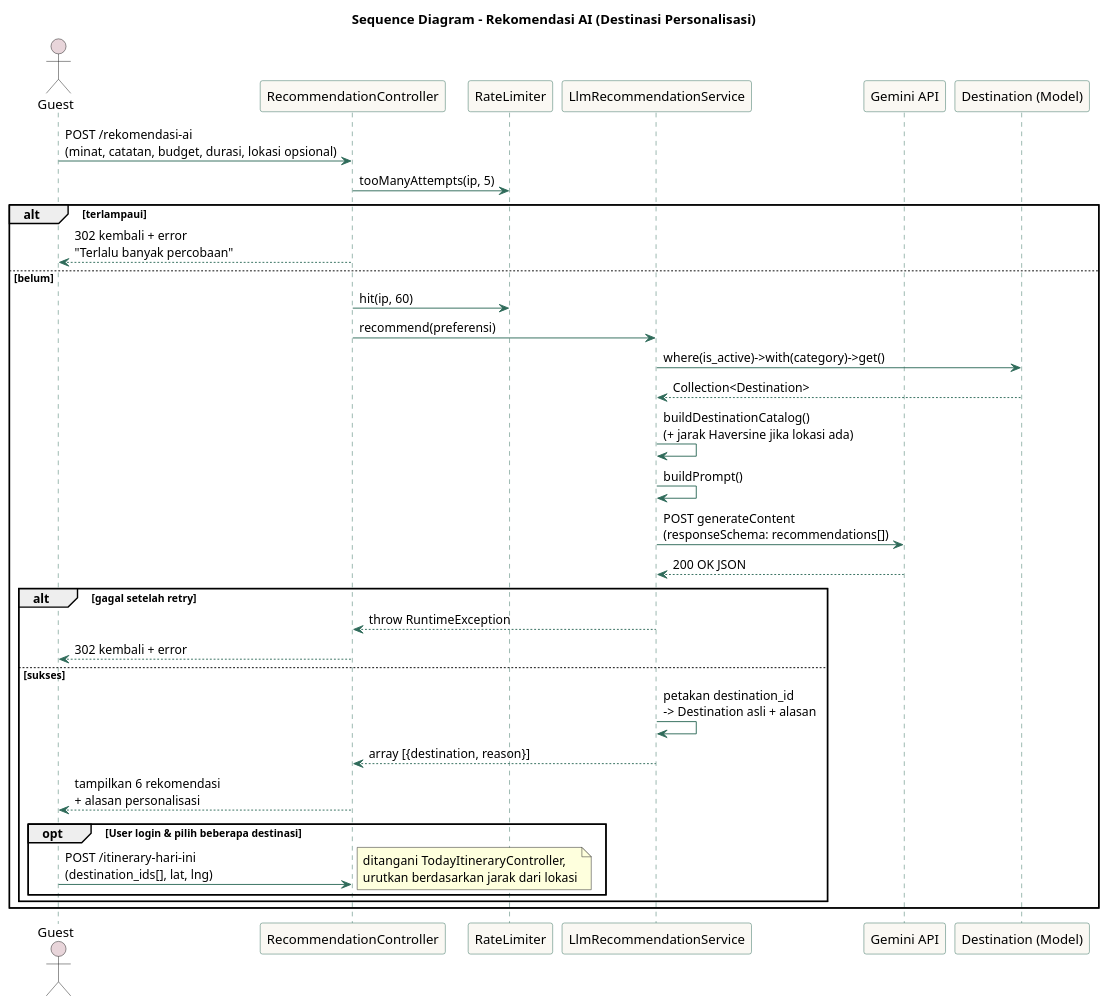
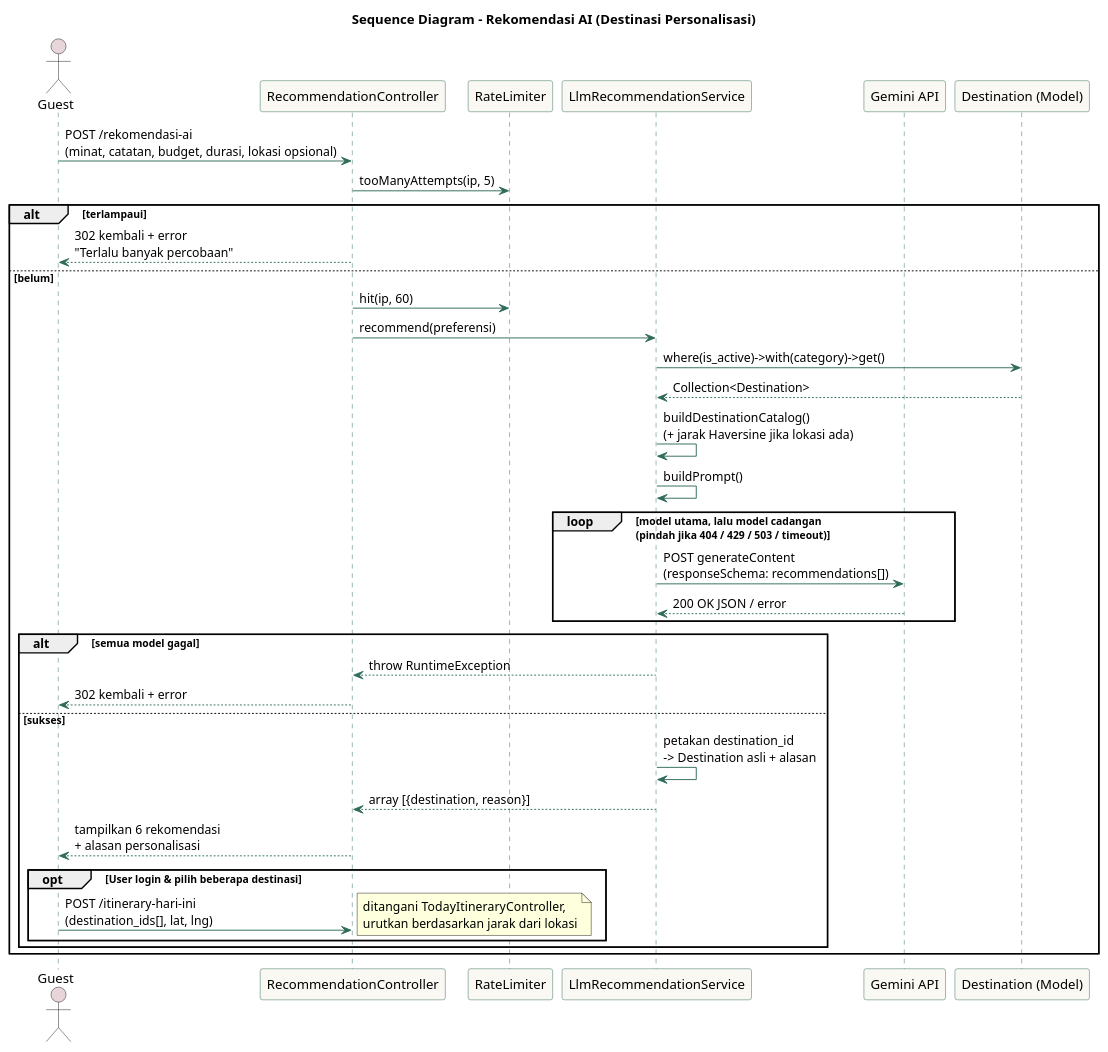
Before and after one commit to anugrahhhhh/tripplane-jogja-itenary: the diagram in docs/uml-plantuml/10-sequence-rekomendasi-ai.puml, drawn with PlantUML. The commit also changed 79 other files, not shown here.

First line of the commit message:
docs(uml): sync PlantUML diagrams with current system and split complex activity diagrams

```diff
--- a/docs/uml-plantuml/10-sequence-rekomendasi-ai.puml
+++ b/docs/uml-plantuml/10-sequence-rekomendasi-ai.puml
@@ -1,48 +1,50 @@
 @startuml 10-sequence-rekomendasi-ai
 title Sequence Diagram - Rekomendasi AI (Destinasi Personalisasi)
 
 skinparam sequence {
   ArrowColor #2F6B5A
   LifeLineBorderColor #2F6B5A
   ParticipantBorderColor #2F6B5A
   ParticipantBackgroundColor #FAF8F3
   ActorBackgroundColor #E8D5DA
 }
 
 actor Guest as User
 participant "RecommendationController" as Ctrl
 participant "RateLimiter" as RL
 participant "LlmRecommendationService" as Service
 participant "Gemini API" as Gemini
 participant "Destination (Model)" as Dest
 
 User -> Ctrl : POST /rekomendasi-ai\n(minat, catatan, budget, durasi, lokasi opsional)
 Ctrl -> RL : tooManyAttempts(ip, 5)
 alt terlampaui
   Ctrl --> User : 302 kembali + error\n"Terlalu banyak percobaan"
 else belum
   Ctrl -> RL : hit(ip, 60)
   Ctrl -> Service : recommend(preferensi)
   Service -> Dest : where(is_active)->with(category)->get()
   Dest --> Service : Collection<Destination>
   Service -> Service : buildDestinationCatalog()\n(+ jarak Haversine jika lokasi ada)
   Service -> Service : buildPrompt()
-  Service -> Gemini : POST generateContent\n(responseSchema: recommendations[])
-  Gemini --> Service : 200 OK JSON
+  loop model utama, lalu model cadangan\n(pindah jika 404 / 429 / 503 / timeout)
+    Service -> Gemini : POST generateContent\n(responseSchema: recommendations[])
+    Gemini --> Service : 200 OK JSON / error
+  end
 
-  alt gagal setelah retry
+  alt semua model gagal
     Service --> Ctrl : throw RuntimeException
     Ctrl --> User : 302 kembali + error
   else sukses
     Service -> Service : petakan destination_id\n-> Destination asli + alasan
     Service --> Ctrl : array [{destination, reason}]
     Ctrl --> User : tampilkan 6 rekomendasi\n+ alasan personalisasi
 
     opt User login & pilih beberapa destinasi
       User -> Ctrl : POST /itinerary-hari-ini\n(destination_ids[], lat, lng)
       note right : ditangani TodayItineraryController,\nurutkan berdasarkan jarak dari lokasi
     end
   end
 end
 
 @enduml
```
